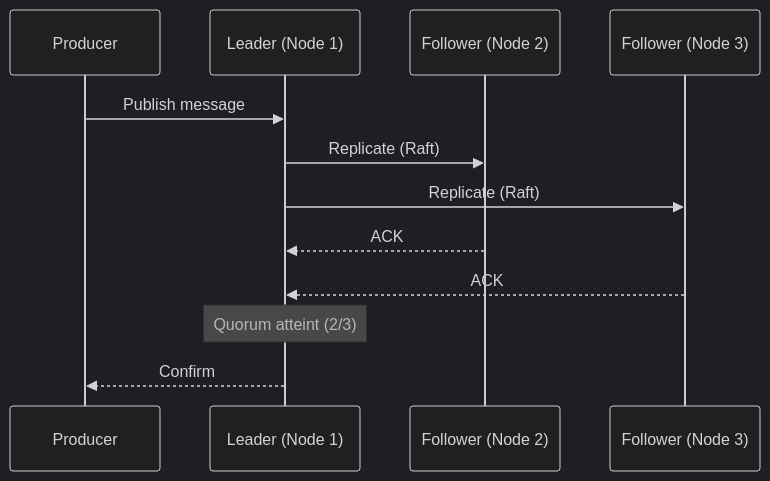
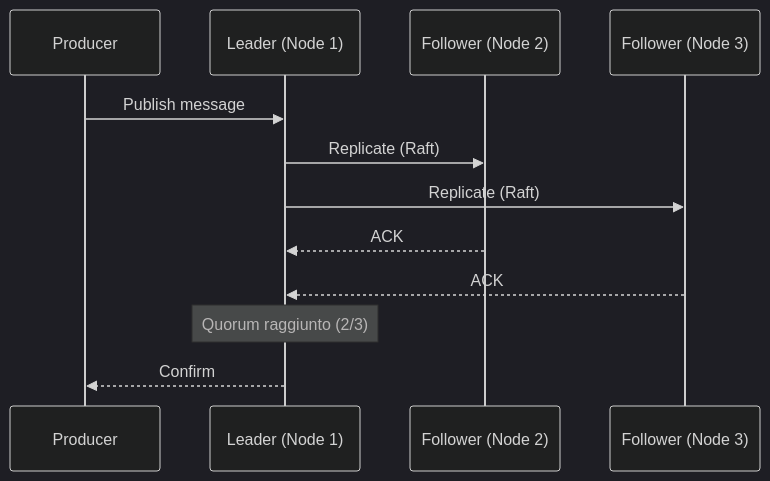
Before and after one commit to HidoraSwiss/hikube-public-doc: the third of 3 diagrams in i18n/it/docusaurus-plugin-content-docs/current/services/messaging/rabbitmq/concepts.md, drawn with Mermaid (dark theme). The commit also changed other lines of this file and 121 other files, not shown here.

````diff
--- a/i18n/it/docusaurus-plugin-content-docs/current/services/messaging/rabbitmq/concepts.md
+++ b/i18n/it/docusaurus-plugin-content-docs/current/services/messaging/rabbitmq/concepts.md
@@ -117,15 +117,15 @@
 ```mermaid
 sequenceDiagram
     participant P as Producer
     participant L as Leader (Node 1)
     participant F1 as Follower (Node 2)
     participant F2 as Follower (Node 3)
 
     P->>L: Publish message
     L->>F1: Replicate (Raft)
     L->>F2: Replicate (Raft)
     F1-->>L: ACK
     F2-->>L: ACK
-    Note over L: Quorum atteint (2/3)
+    Note over L: Quorum raggiunto (2/3)
     L-->>P: Confirm
 ```
````
